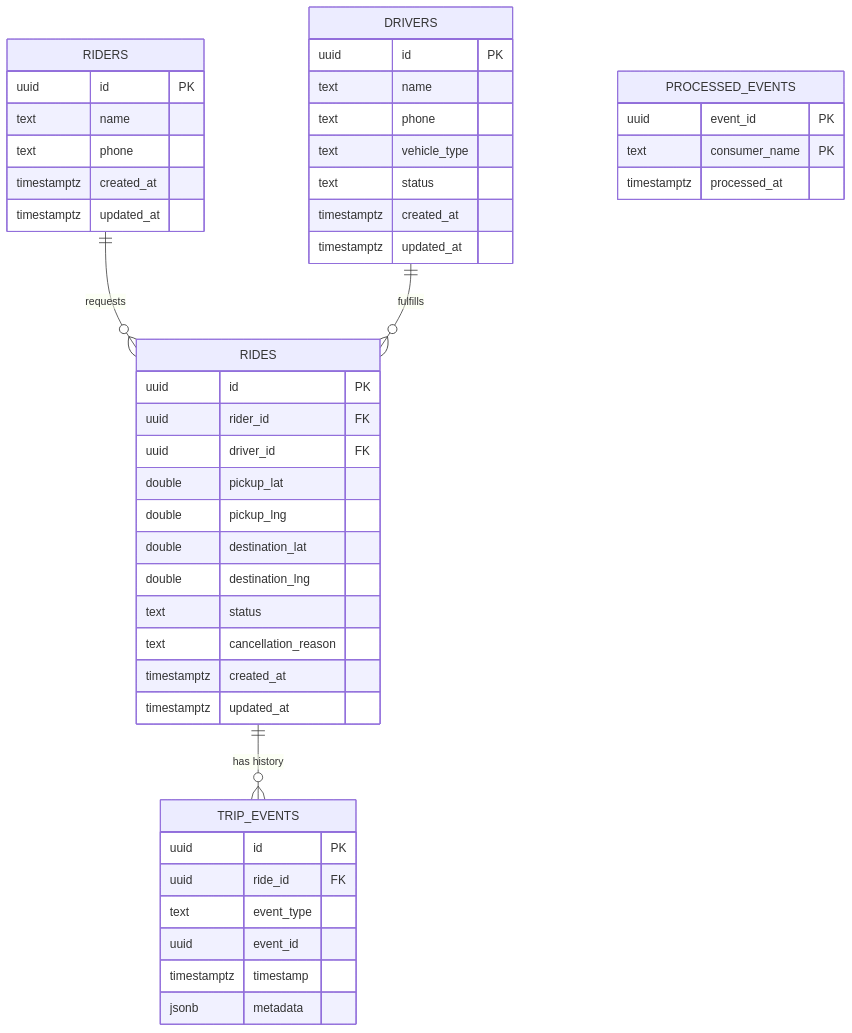
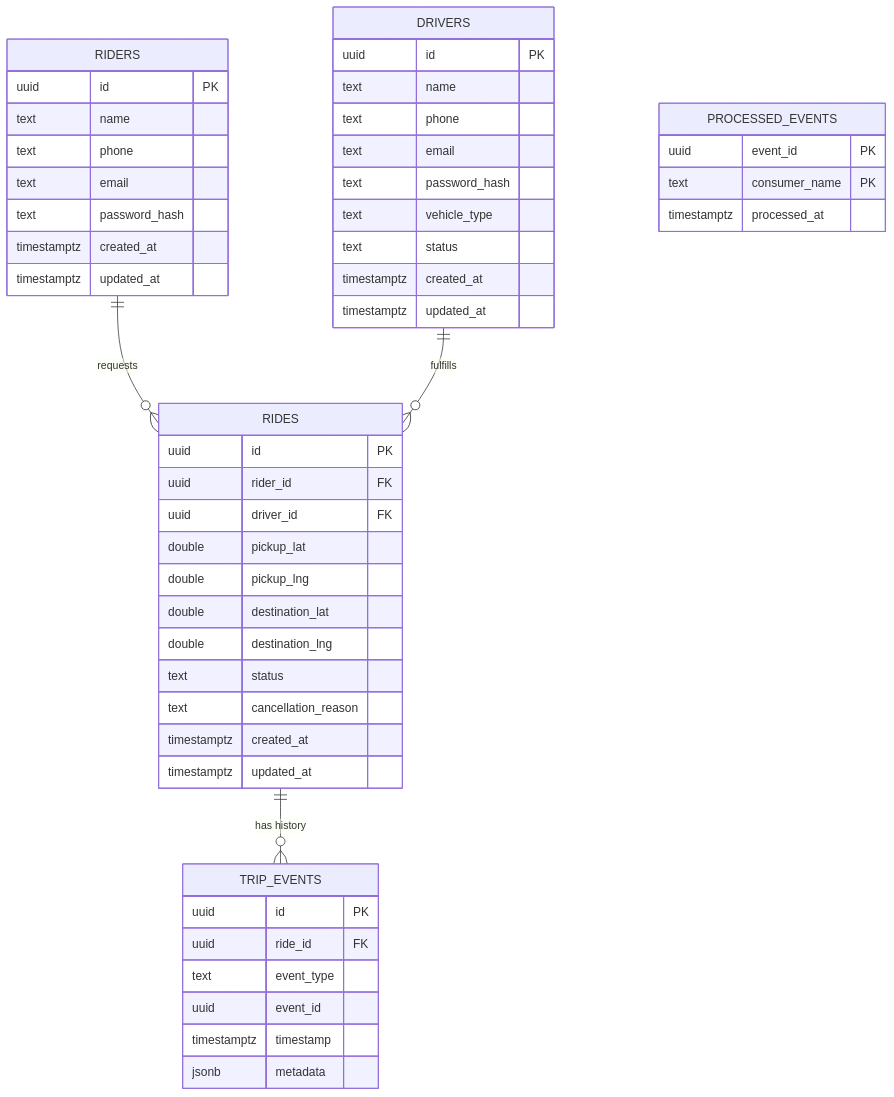
The diagram in docs/architecture/data-model.md (armanali0786/RydTrip), drawn with Mermaid before and after one commit. The commit also changed other lines of this file and 56 other files, not shown here.

````diff
--- a/docs/architecture/data-model.md
+++ b/docs/architecture/data-model.md
@@ -14,49 +14,53 @@
 ```mermaid
 erDiagram
     RIDERS ||--o{ RIDES : requests
     DRIVERS ||--o{ RIDES : fulfills
     RIDES ||--o{ TRIP_EVENTS : "has history"
 
     RIDERS {
         uuid id PK
         text name
         text phone
+        text email
+        text password_hash
         timestamptz created_at
         timestamptz updated_at
     }
     DRIVERS {
         uuid id PK
         text name
         text phone
+        text email
+        text password_hash
         text vehicle_type
         text status
         timestamptz created_at
         timestamptz updated_at
     }
     RIDES {
         uuid id PK
         uuid rider_id FK
         uuid driver_id FK
         double pickup_lat
         double pickup_lng
         double destination_lat
         double destination_lng
         text status
         text cancellation_reason
         timestamptz created_at
         timestamptz updated_at
     }
     TRIP_EVENTS {
         uuid id PK
         uuid ride_id FK
         text event_type
         uuid event_id
         timestamptz timestamp
         jsonb metadata
     }
     PROCESSED_EVENTS {
         uuid event_id PK
         text consumer_name PK
         timestamptz processed_at
     }
 ```
````
